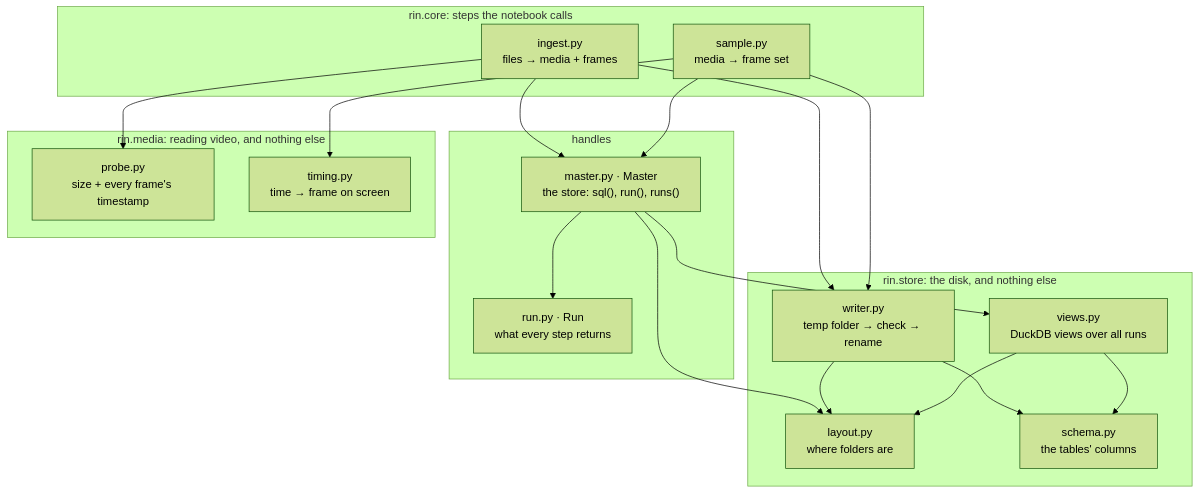
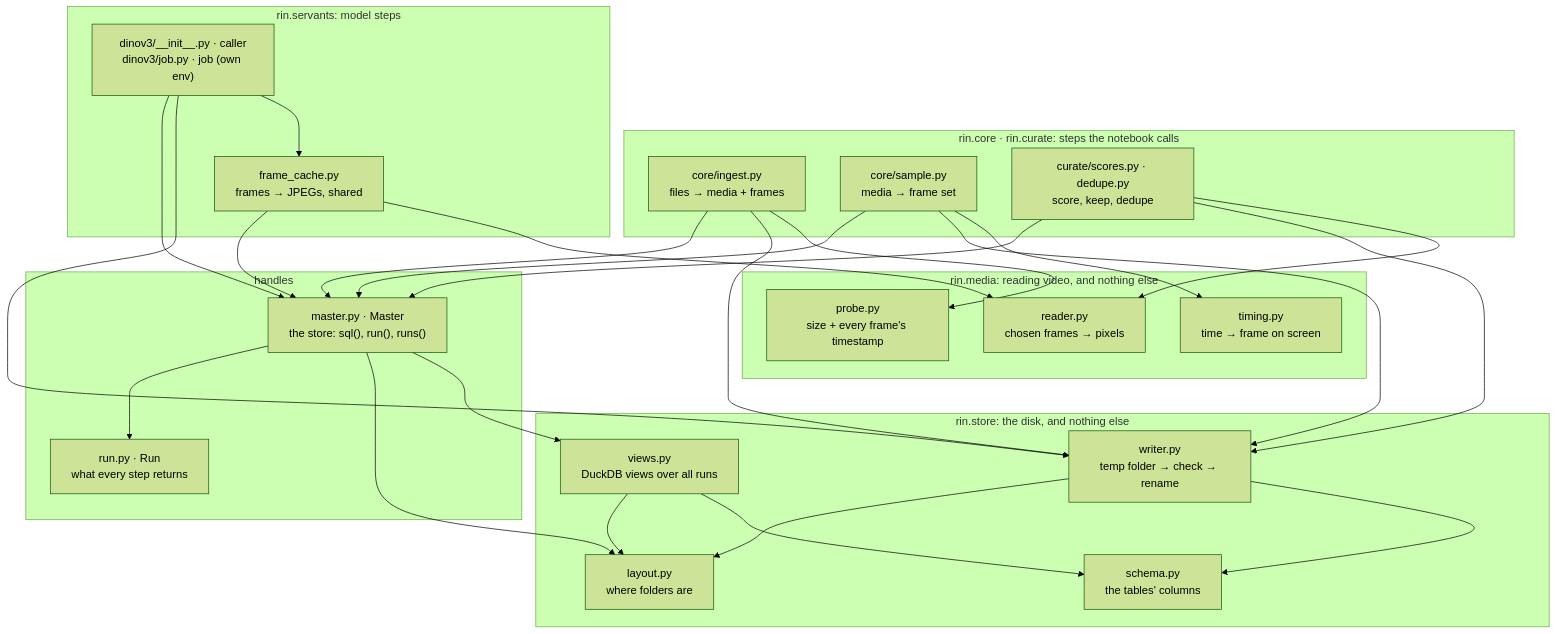
One commit to cupcakes04/Rin changed the diagram in docs/core.md. Above: the diagram before and after it, drawn with Mermaid (forest theme). The commit also changed other lines of this file and 38 other files, not shown here.

````diff
--- a/docs/core.md
+++ b/docs/core.md
@@ -61,27 +77,36 @@
 ```mermaid
 flowchart TB
-    subgraph steps["rin.core: steps the notebook calls"]
-      ING["ingest.py<br/>files → media + frames"]
-      SAM["sample.py<br/>media → frame set"]
+    subgraph steps["rin.core · rin.curate: steps the notebook calls"]
+      ING["core/ingest.py<br/>files → media + frames"]
+      SAM["core/sample.py<br/>media → frame set"]
+      CUR["curate/scores.py · dedupe.py<br/>score, keep, dedupe"]
+    end
+    subgraph servants["rin.servants: model steps"]
+      DIN["dinov3/__init__.py · caller<br/>dinov3/job.py · job (own env)"]
+      FC["frame_cache.py<br/>frames → JPEGs, shared"]
     end
     subgraph handles["handles"]
       MAS["master.py · Master<br/>the store: sql(), run(), runs()"]
       RUN["run.py · Run<br/>what every step returns"]
     end
     subgraph store["rin.store: the disk, and nothing else"]
       LAY["layout.py<br/>where folders are"]
       SCH["schema.py<br/>the tables' columns"]
       WRI["writer.py<br/>temp folder → check → rename"]
       VIE["views.py<br/>DuckDB views over all runs"]
     end
     subgraph media["rin.media: reading video, and nothing else"]
       PRO["probe.py<br/>size + every frame's timestamp"]
       TIM["timing.py<br/>time → frame on screen"]
+      REA["reader.py<br/>chosen frames → pixels"]
     end
     ING --> PRO & WRI & MAS
     SAM --> TIM & WRI & MAS
+    CUR --> REA & WRI & MAS
+    DIN --> FC & WRI & MAS
+    FC --> REA & MAS
     MAS --> VIE & LAY
     MAS --> RUN
     WRI --> SCH & LAY
     VIE --> SCH & LAY
 ```
````
